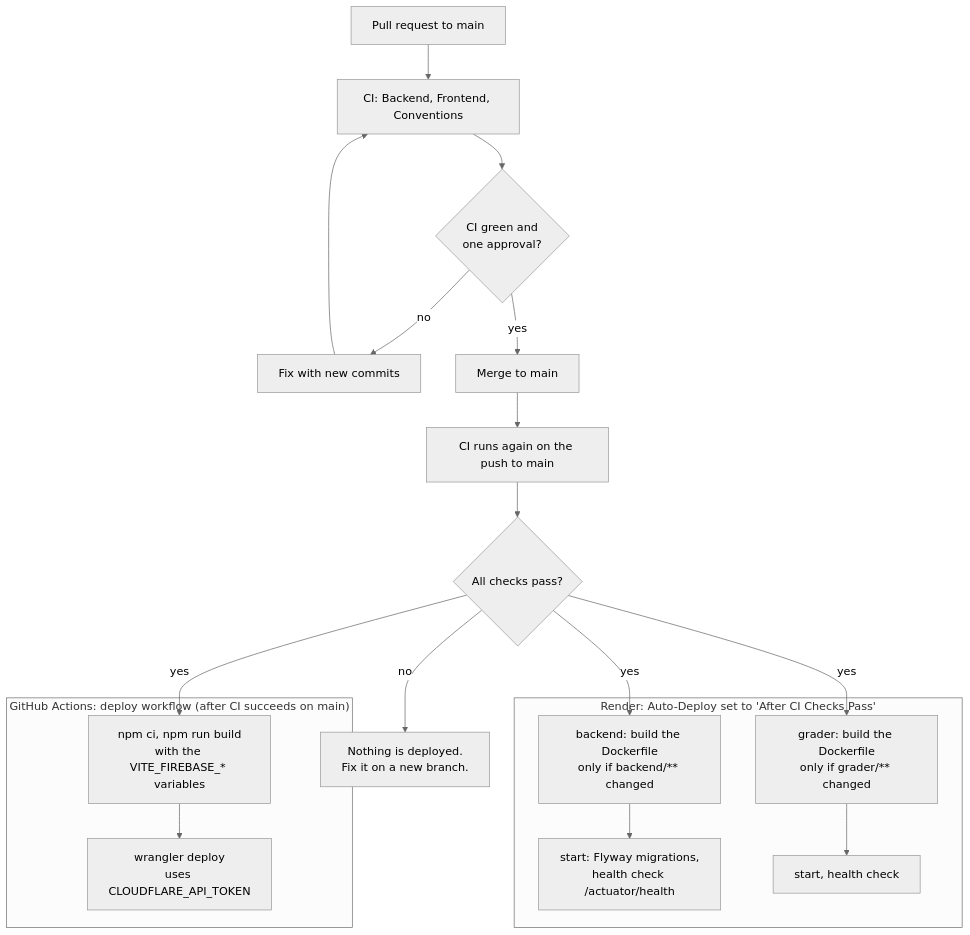
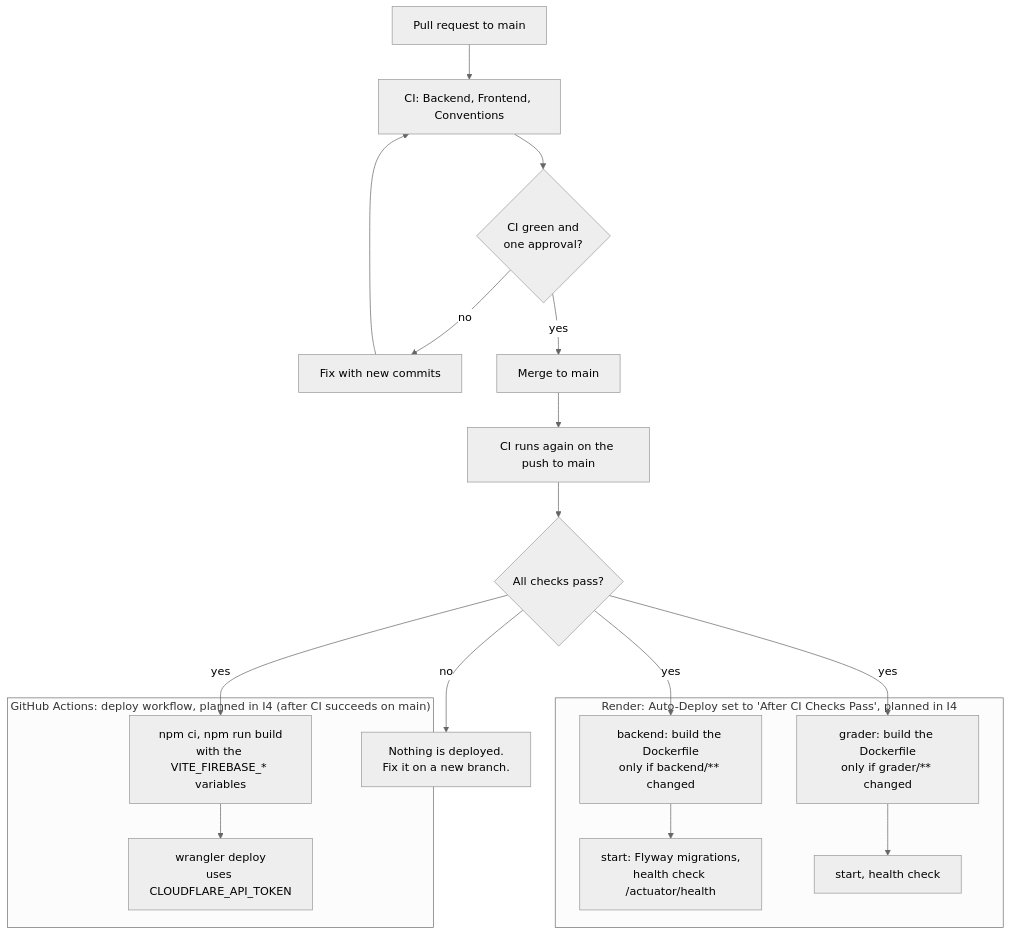
Before and after one commit to Kerolly/software_engineering_II: the second of 3 diagrams in docs/design/deployment.md, drawn with Mermaid (neutral theme). The commit also changed other lines of this file, not shown here.

First line of the commit message:
docs(deploy): address the review of the hosting research

````diff
--- a/docs/design/deployment.md
+++ b/docs/design/deployment.md
@@ -146,22 +148,22 @@
 ```mermaid
 flowchart TD
     PR["Pull request to main"] --> CI1["CI: Backend, Frontend, Conventions"]
     CI1 --> GATE{"CI green and<br/>one approval?"}
     GATE -- no --> FIX["Fix with new commits"] --> CI1
     GATE -- yes --> MERGE["Merge to main"]
     MERGE --> CI2["CI runs again on the push to main"]
     CI2 --> PASS{"All checks pass?"}
     PASS -- no --> STOP["Nothing is deployed.<br/>Fix it on a new branch."]
     PASS -- yes --> FEB
     PASS -- yes --> BEB
     PASS -- yes --> GRB
 
-    subgraph gha["GitHub Actions: deploy workflow (after CI succeeds on main)"]
+    subgraph gha["GitHub Actions: deploy workflow, planned in I4 (after CI succeeds on main)"]
         FEB["npm ci, npm run build<br/>with the VITE_FIREBASE_* variables"] --> FED["wrangler deploy<br/>uses CLOUDFLARE_API_TOKEN"]
     end
 
-    subgraph rnd["Render: Auto-Deploy set to 'After CI Checks Pass'"]
+    subgraph rnd["Render: Auto-Deploy set to 'After CI Checks Pass', planned in I4"]
         BEB["backend: build the Dockerfile<br/>only if backend/** changed"] --> BES["start: Flyway migrations,<br/>health check /actuator/health"]
         GRB["grader: build the Dockerfile<br/>only if grader/** changed"] --> GRS["start, health check"]
     end
 ```
````
